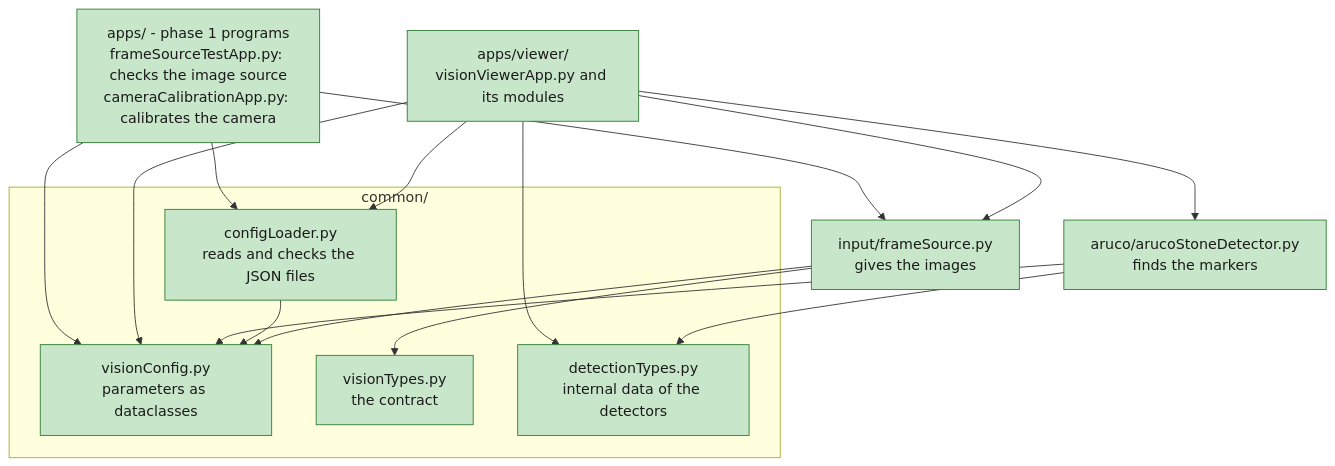
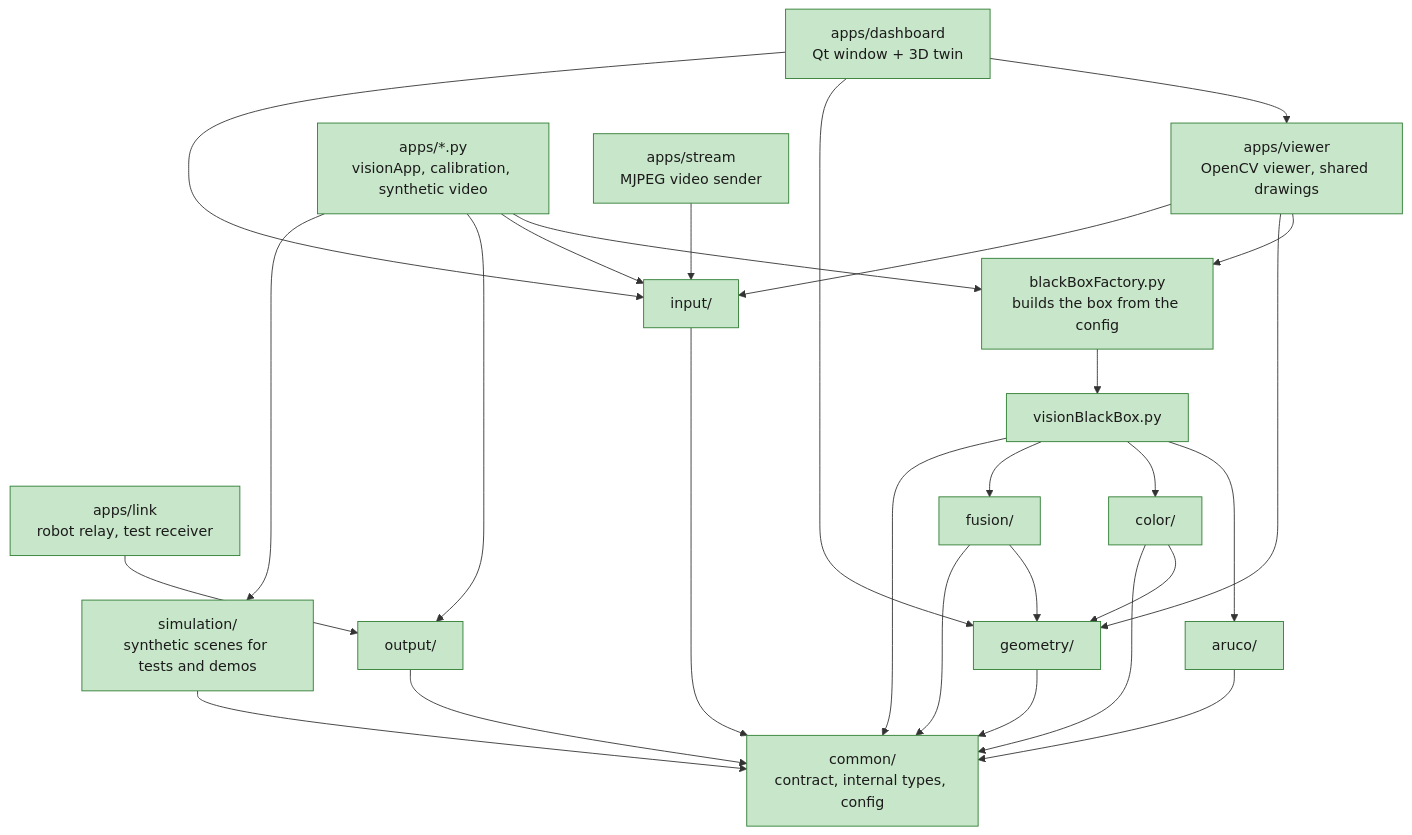
The second of 6 diagrams in docs/vision/howVisionWorks.md (Basbat-net/BotQueValeUnEuro), drawn with Mermaid before and after one commit. The commit also changed other lines of this file, not shown here.

First line of the commit message:
Vision docs: overview, imports, contract, reading images

````diff
--- a/docs/vision/howVisionWorks.md
+++ b/docs/vision/howVisionWorks.md
@@ -47,21 +57,19 @@
 ```mermaid
 flowchart TD
-    apps["apps/ - phase 1 programs<br/>frameSourceTestApp.py: checks the image source<br/>cameraCalibrationApp.py: calibrates the camera"]
-    viewer["apps/viewer/<br/>visionViewerApp.py and its modules"]
-    frameSource["input/frameSource.py<br/>gives the images"]
-    aruco["aruco/arucoStoneDetector.py<br/>finds the markers"]
-    subgraph common ["common/"]
-        loader["configLoader.py<br/>reads and checks the JSON files"]
-        config["visionConfig.py<br/>parameters as dataclasses"]
-        types["visionTypes.py<br/>the contract"]
-        detectionTypes["detectionTypes.py<br/>internal data of the detectors"]
-    end
-    apps --> loader & frameSource & config
-    viewer --> loader & frameSource & config & aruco & detectionTypes
-    aruco --> detectionTypes & config
-    loader --> config
-    frameSource --> config & types
+    dashboard["apps/dashboard<br/>Qt window + 3D twin"] --> viewer
+    viewer["apps/viewer<br/>OpenCV viewer, shared drawings"] --> factory
+    mainApps["apps/*.py<br/>visionApp, calibration, synthetic video"] --> factory
+    stream["apps/stream<br/>MJPEG video sender"] --> input
+    link["apps/link<br/>robot relay, test receiver"] --> output
+    factory["blackBoxFactory.py<br/>builds the box from the config"] --> box["visionBlackBox.py"]
+    box --> aruco["aruco/"] & color["color/"] & fusion["fusion/"]
+    color --> geometry["geometry/"]
+    fusion --> geometry
+    dashboard & viewer --> geometry
+    mainApps --> input["input/"] & output["output/"] & simulation["simulation/<br/>synthetic scenes for tests and demos"]
+    dashboard & viewer --> input
+    aruco & color & fusion & geometry & input & output & simulation & box --> common["common/<br/>contract, internal types, config"]
 
     classDef done fill:#c8e6c9,stroke:#2e7d32,color:#1b1b1b
-    class apps,viewer,frameSource,aruco,loader,config,types,detectionTypes done
+    class dashboard,viewer,mainApps,stream,link,factory,box,aruco,color,fusion,geometry,input,output,simulation,common done
 ```
````
